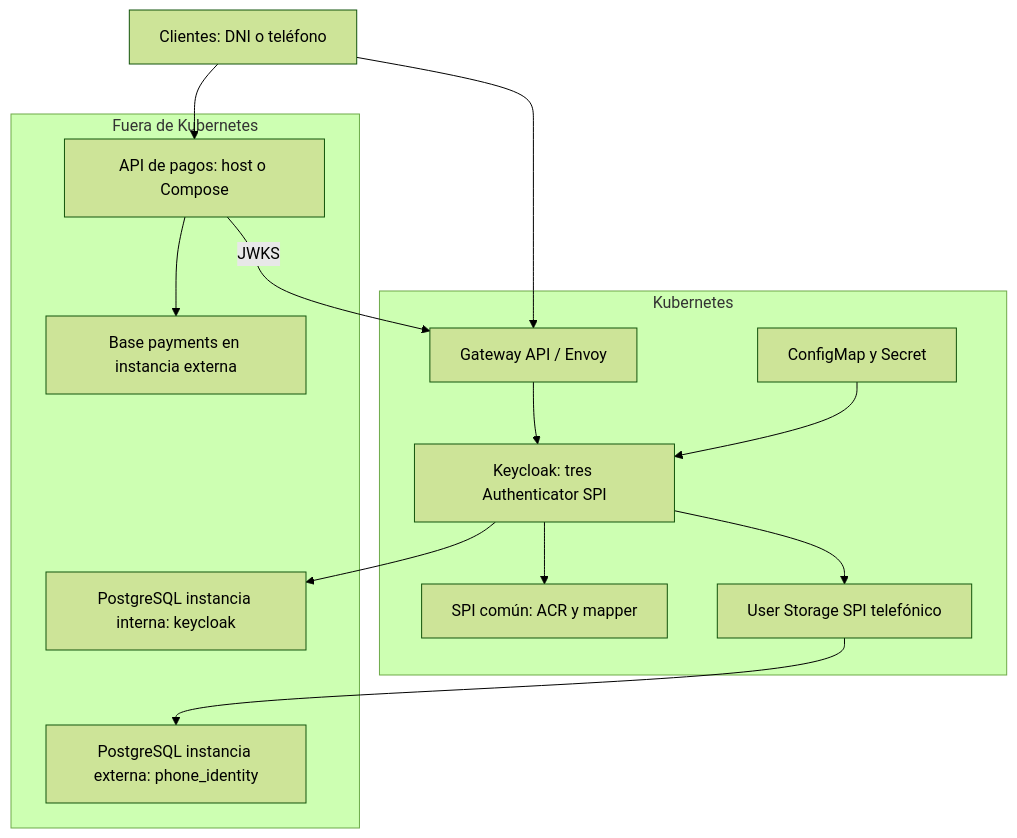
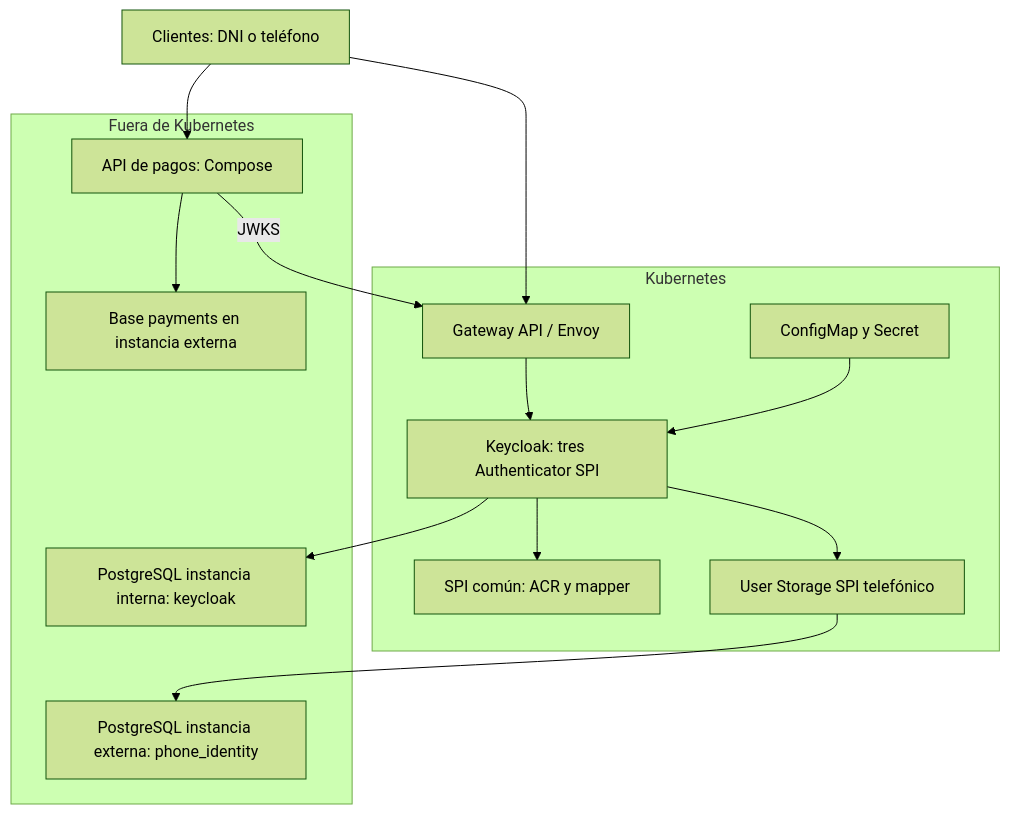
One commit to edgarrth/java-keycloak-chart changed the diagram in README.md. Above: the diagram before and after it, drawn with Mermaid (forest theme). The commit also changed other lines of this file and 21 other files, not shown here.

Commit message:
desacomplando chart de servicios

````diff
--- a/README.md
+++ b/README.md
@@ -52,17 +52,17 @@
 ```mermaid
 flowchart TB
     B["Clientes: DNI o teléfono"] --> G
     subgraph K8S["Kubernetes"]
       G["Gateway API / Envoy"] --> K["Keycloak: tres Authenticator SPI"]
       K --> C["SPI común: ACR y mapper"]
       K --> F["User Storage SPI telefónico"]
       S["ConfigMap y Secret"] --> K
     end
     subgraph EXT["Fuera de Kubernetes"]
       K --> I["PostgreSQL instancia interna: keycloak"]
       F --> E["PostgreSQL instancia externa: phone_identity"]
-      P["API de pagos: host o Compose"] --> D["Base payments en instancia externa"]
+      P["API de pagos: Compose"] --> D["Base payments en instancia externa"]
     end
     B --> P
     P -->|"JWKS"| G
 ```
````
